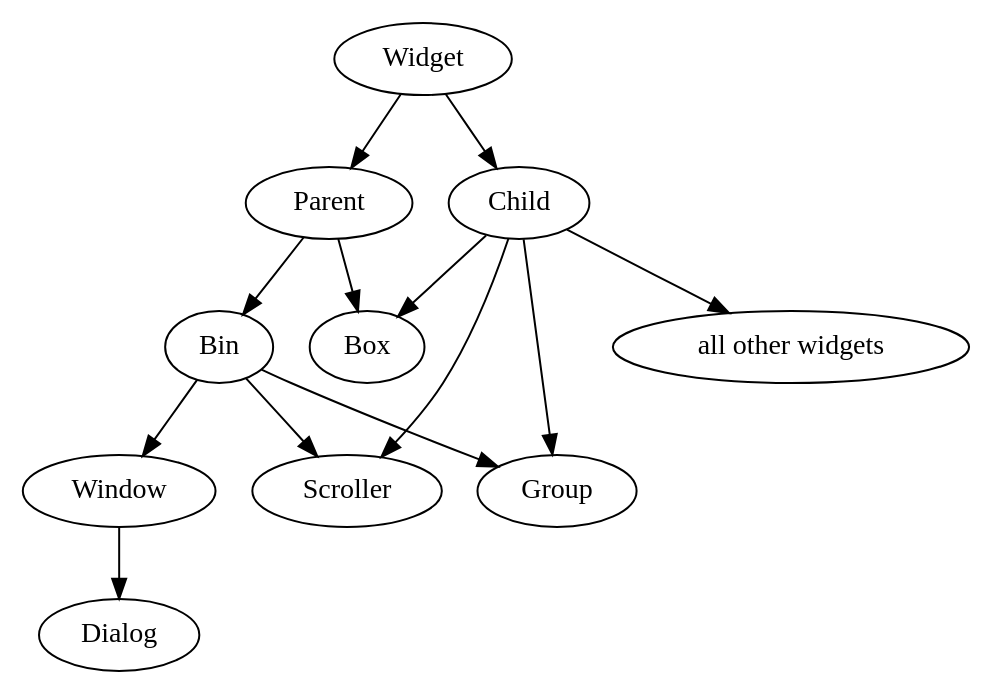
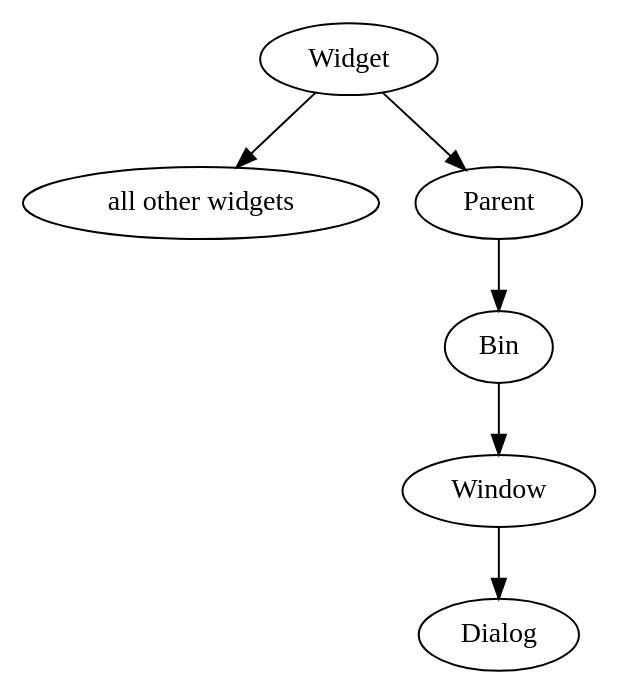
Before and after one commit to Akuli/BananaGUI: the diagram in docs/widgets.rst, drawn with Graphviz. The commit also changed other lines of this file and 28 other files, not shown here.

```diff
--- a/docs/widgets.rst
+++ b/docs/widgets.rst
@@ -13,14 +10,6 @@
 .. graphviz::
 
-   digraph inheritance {
-      Widget -> Child -> "all other widgets";
-      Widget -> Parent;
-      Parent -> Bin;
-      Bin -> Group;
-      Child -> Group;
-      Bin -> Scroller;
-      Child -> Scroller;
-      Bin -> Window -> Dialog;
-      Parent -> Box;
-      Child -> Box;
-   }
+    digraph inheritance {
+        Widget -> "all other widgets";
+        Widget -> Parent -> Bin -> Window -> Dialog;
+    }
```
